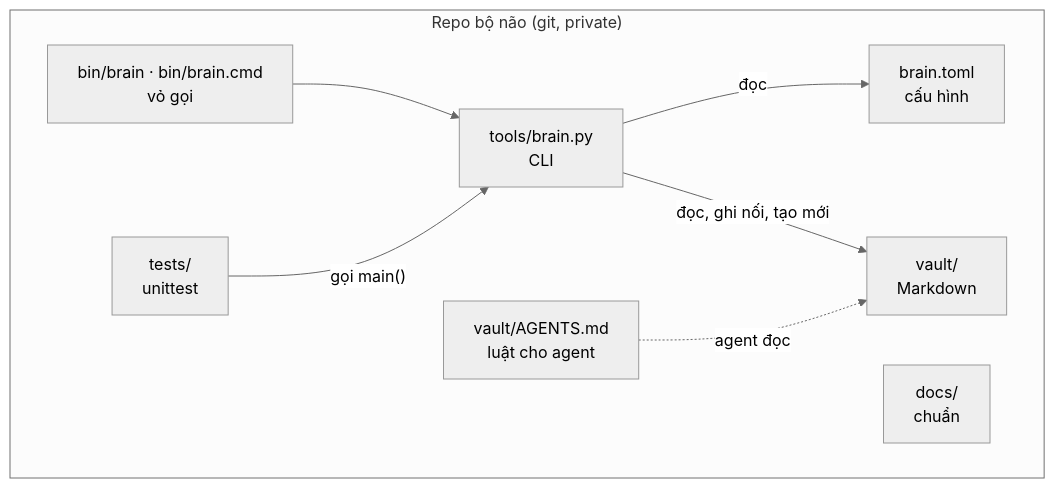
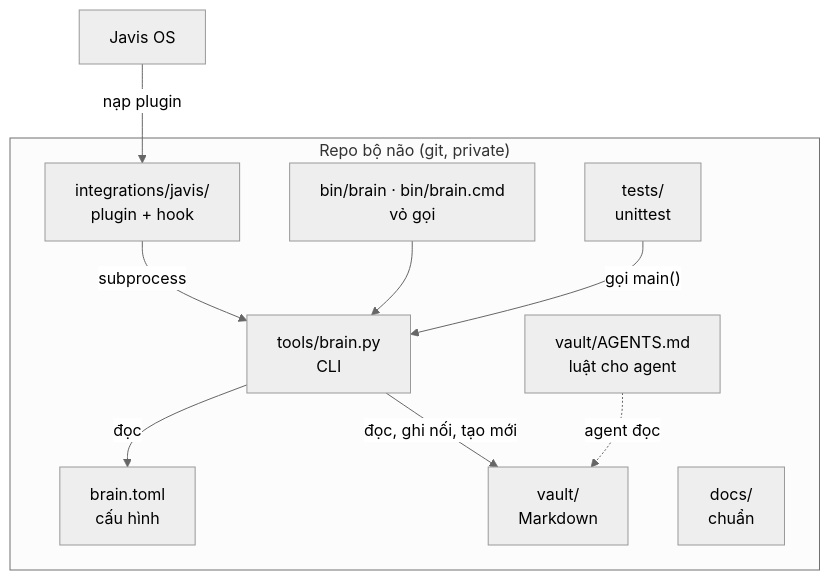
One commit to DaveTran243/Brain_Standard changed the second of 10 diagrams in docs/kien-truc-he-thong.md. Above: the diagram before and after it, drawn with Mermaid (neutral theme). The commit also changed other lines of this file and 2 other files, not shown here.

First line of the commit message:
DAB 3.0: đưa vòng Javis vào docs/kien-truc-he-thong.md, bỏ docs/dab-3.0.md

````diff
--- a/docs/kien-truc-he-thong.md
+++ b/docs/kien-truc-he-thong.md
@@ -241,17 +280,20 @@
 ```mermaid
 flowchart TB
   subgraph Repo["Repo bộ não (git, private)"]
     CFG["brain.toml<br/>cấu hình"]
     V["vault/<br/>Markdown"]
     CLI["tools/brain.py<br/>CLI"]
     W["bin/brain · bin/brain.cmd<br/>vỏ gọi"]
     AGM["vault/AGENTS.md<br/>luật cho agent"]
     T["tests/<br/>unittest"]
     D["docs/<br/>chuẩn"]
+    PL["integrations/javis/<br/>plugin + hook"]
   end
+  JOS["Javis OS"] -- "nạp plugin" --> PL
+  PL -- "subprocess" --> CLI
   W --> CLI
   CLI -- "đọc" --> CFG
   CLI -- "đọc, ghi nối, tạo mới" --> V
   T -- "gọi main()" --> CLI
   AGM -. "agent đọc" .-> V
 ```
````
